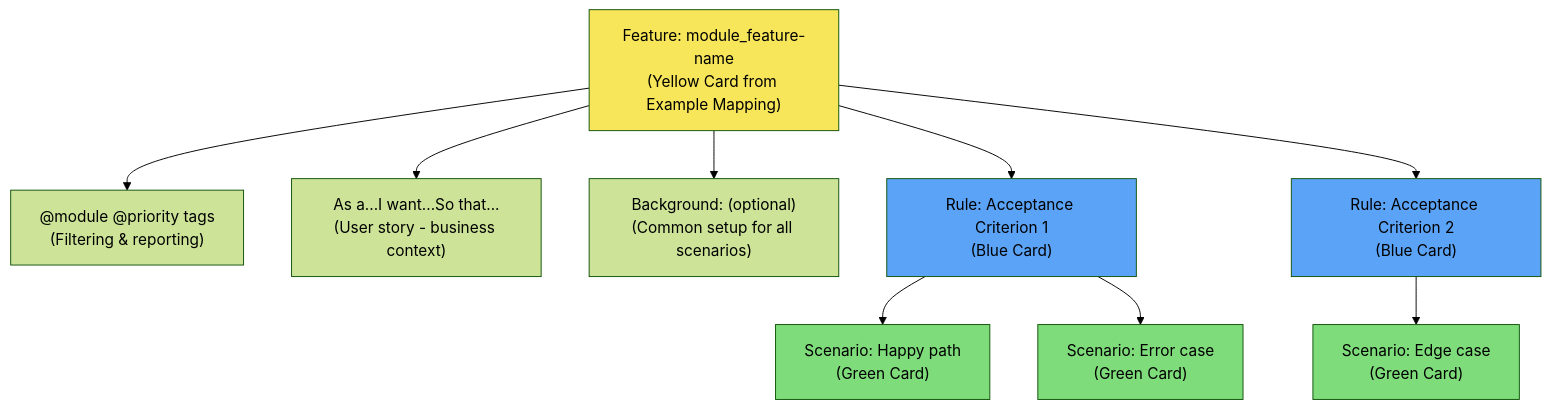
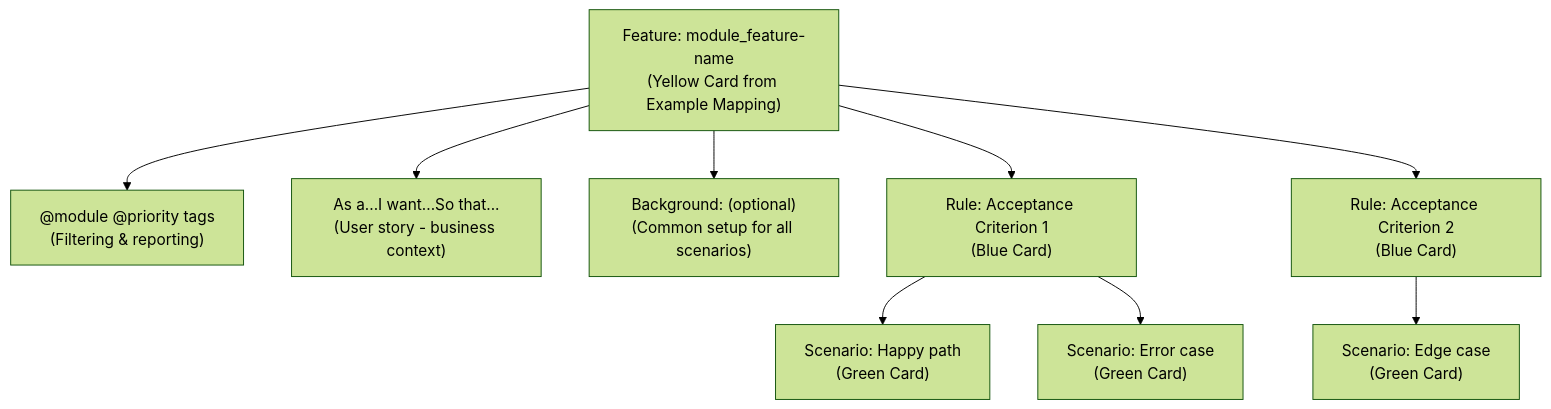
Before and after one commit to ready-to-release/eac: the diagram in docs/explanation/specifications/gherkin-concepts.md, drawn with Mermaid (forest theme). The commit also changed 28 other files, not shown here.

````diff
--- a/docs/explanation/specifications/gherkin-concepts.md
+++ b/docs/explanation/specifications/gherkin-concepts.md
@@ -38,31 +38,25 @@
 ```mermaid
 flowchart TD
     Feature["Feature: module_feature-name<br/>(Yellow Card from Example Mapping)"]
     Tags["@module @priority tags<br/>(Filtering & reporting)"]
     Story["As a...I want...So that...<br/>(User story - business context)"]
     Background["Background: (optional)<br/>(Common setup for all scenarios)"]
 
     Rule1["Rule: Acceptance Criterion 1<br/>(Blue Card)"]
     Rule2["Rule: Acceptance Criterion 2<br/>(Blue Card)"]
 
     Scenario1["Scenario: Happy path<br/>(Green Card)"]
     Scenario2["Scenario: Error case<br/>(Green Card)"]
     Scenario3["Scenario: Edge case<br/>(Green Card)"]
 
     Feature --> Tags
     Feature --> Story
     Feature --> Background
     Feature --> Rule1
     Feature --> Rule2
 
     Rule1 --> Scenario1
     Rule1 --> Scenario2
     Rule2 --> Scenario3
 
-    style Feature fill:#F7E55A,color:#000
-    style Rule1 fill:#5BA3F7,color:#000
-    style Rule2 fill:#5BA3F7,color:#000
-    style Scenario1 fill:#7EDC7A,color:#000
-    style Scenario2 fill:#7EDC7A,color:#000
-    style Scenario3 fill:#7EDC7A,color:#000
 ```
````
